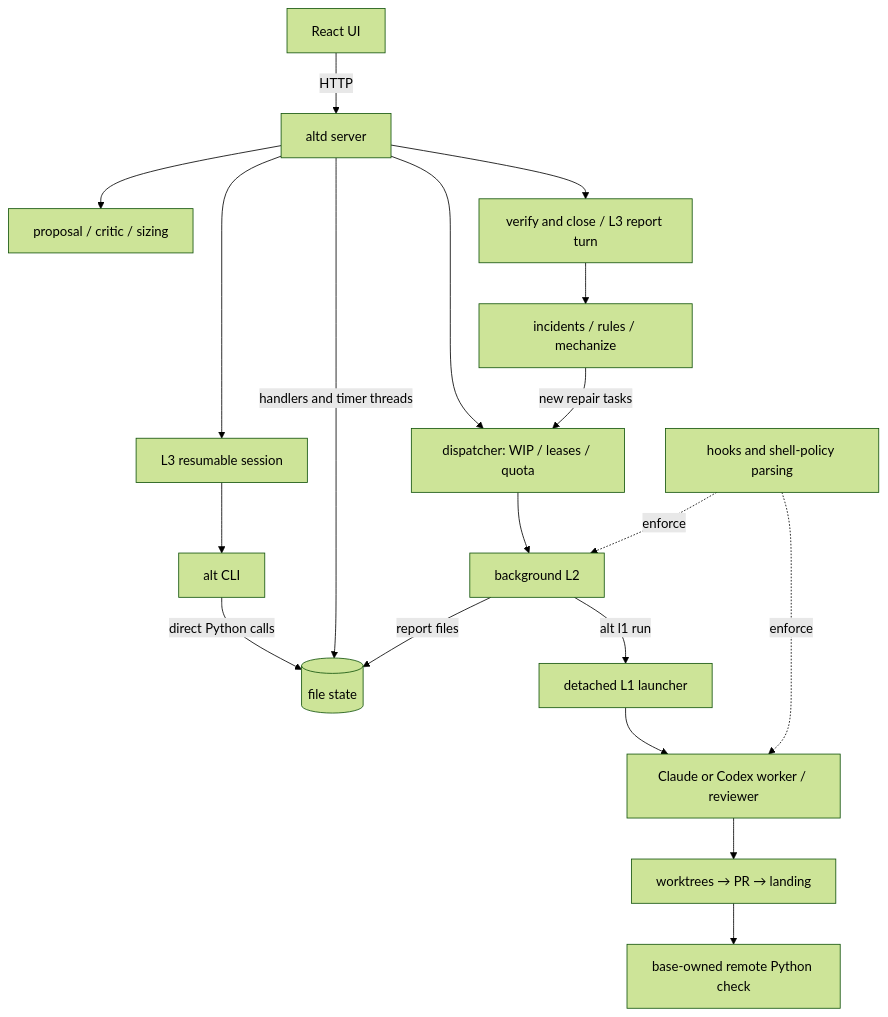
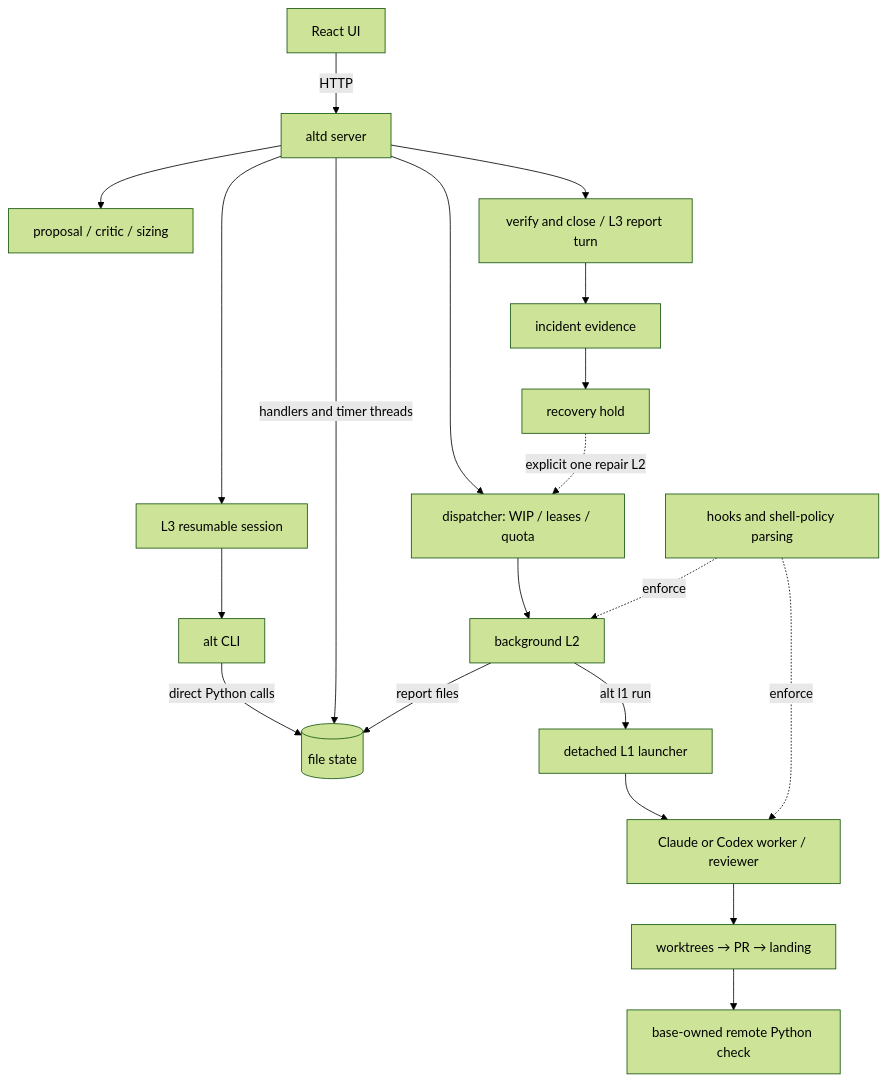
Before and after one commit to mburakyucel/altitude: the first of 3 diagrams in docs/ARCHITECTURE.md, drawn with Mermaid (forest theme). The commit also changed other lines of this file and 54 other files, not shown here.

````diff
--- a/docs/ARCHITECTURE.md
+++ b/docs/ARCHITECTURE.md
@@ -25,21 +25,22 @@
 ```mermaid
 flowchart TD
     U[React UI] -->|HTTP| A[altd server]
     C[alt CLI] -->|direct Python calls| S[(file state)]
     A -->|handlers and timer threads| S
     A --> P[proposal / critic / sizing]
     A --> L3[L3 resumable session]
     L3 --> C
     A --> D[dispatcher: WIP / leases / quota]
     D --> L2[background L2]
     L2 -->|alt l1 run| R[detached L1 launcher]
     R --> W[Claude or Codex worker / reviewer]
     W --> G[worktrees → PR → landing]
     G --> CI[base-owned remote Python check]
     L2 -->|report files| S
     A --> V[verify and close / L3 report turn]
-    V --> H[incidents / rules / mechanize]
-    H -->|new repair tasks| D
+    V --> H[incident evidence]
+    H --> F[recovery hold]
+    F -.explicit one repair L2.-> D
     K[hooks and shell-policy parsing] -.enforce.-> L2
     K -.enforce.-> W
 ```
````
